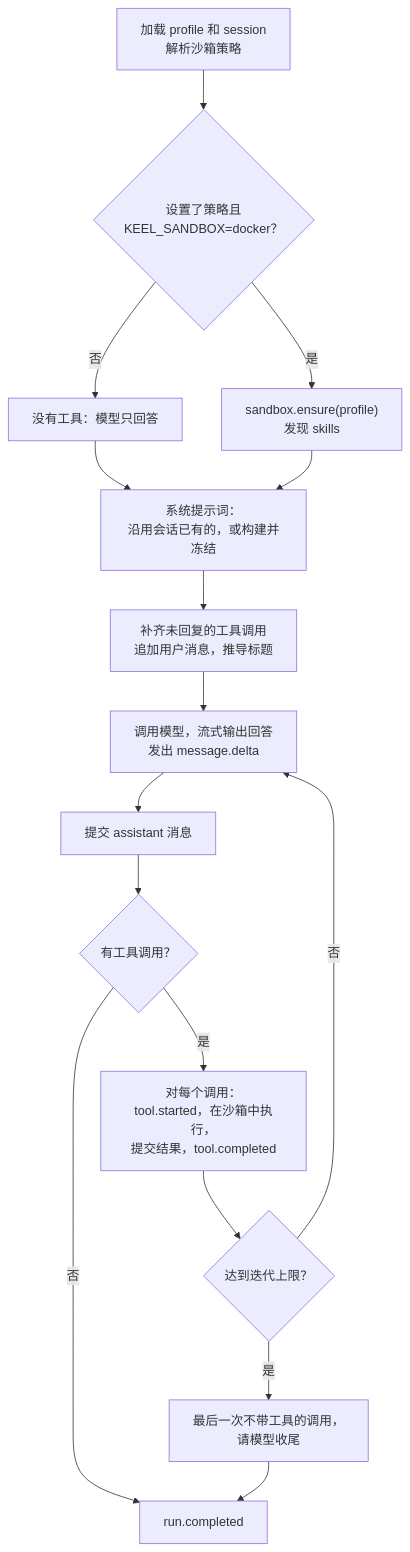
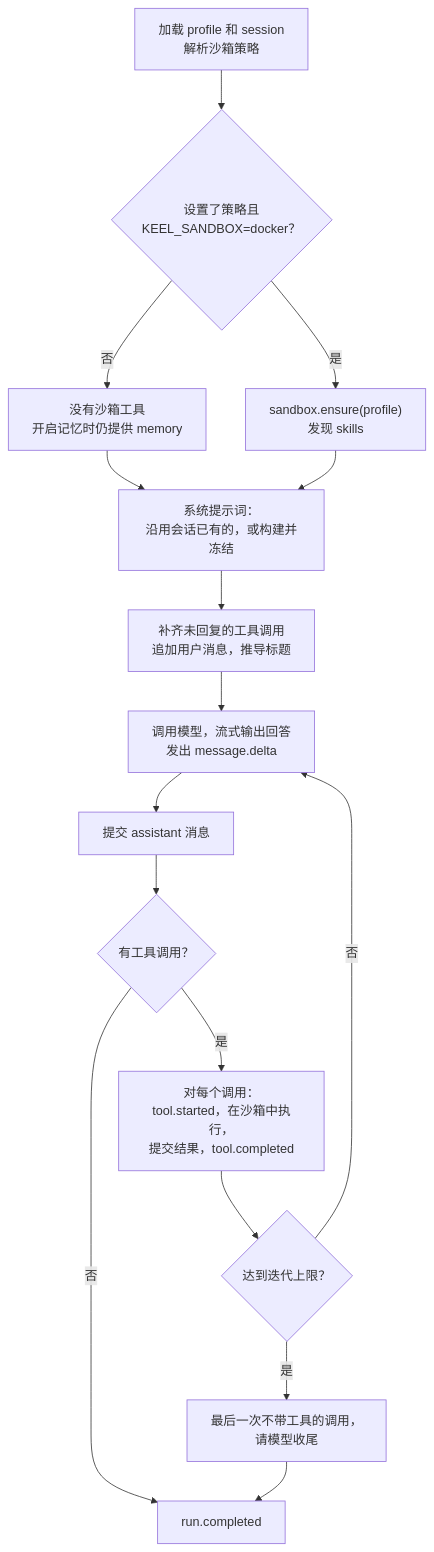
Before and after one commit to ryang420/agent-keel: the fifth of 9 diagrams in docs/architecture_zh.md, drawn with Mermaid. The commit also changed other lines of this file and 9 other files, not shown here.

````diff
--- a/docs/architecture_zh.md
+++ b/docs/architecture_zh.md
@@ -264,18 +274,18 @@
 ```mermaid
 flowchart TB
     A["加载 profile 和 session<br/>解析沙箱策略"] --> B{"设置了策略且<br/>KEEL_SANDBOX=docker？"}
-    B -->|否| C["没有工具：模型只回答"]
+    B -->|否| C["没有沙箱工具<br/>开启记忆时仍提供 memory"]
     B -->|是| D["sandbox.ensure(profile)<br/>发现 skills"]
     C --> E
     D --> E["系统提示词：<br/>沿用会话已有的，或构建并冻结"]
     E --> F["补齐未回复的工具调用<br/>追加用户消息，推导标题"]
     F --> G["调用模型，流式输出回答<br/>发出 message.delta"]
     G --> H["提交 assistant 消息"]
     H --> I{"有工具调用？"}
     I -->|否| J["run.completed"]
     I -->|是| K["对每个调用：<br/>tool.started，在沙箱中执行，<br/>提交结果，tool.completed"]
     K --> L{"达到迭代上限？"}
     L -->|否| G
     L -->|是| M["最后一次不带工具的调用，<br/>请模型收尾"]
     M --> J
 ```
````
